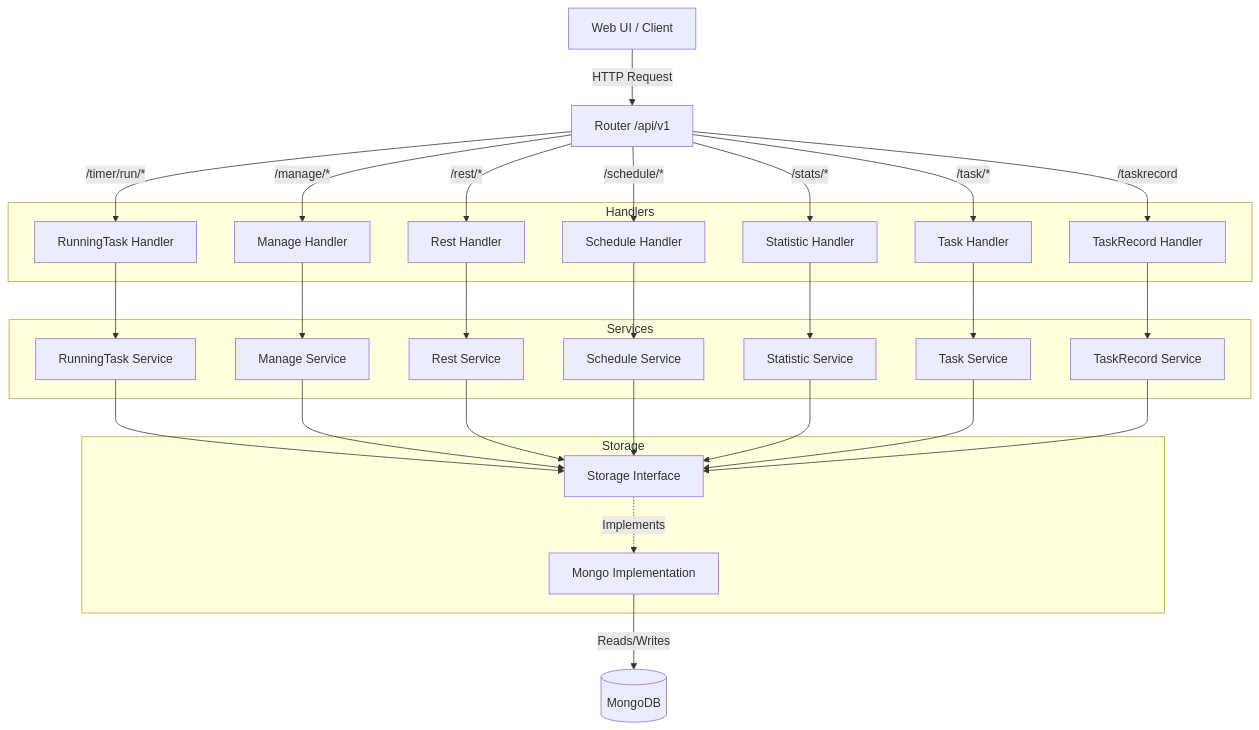
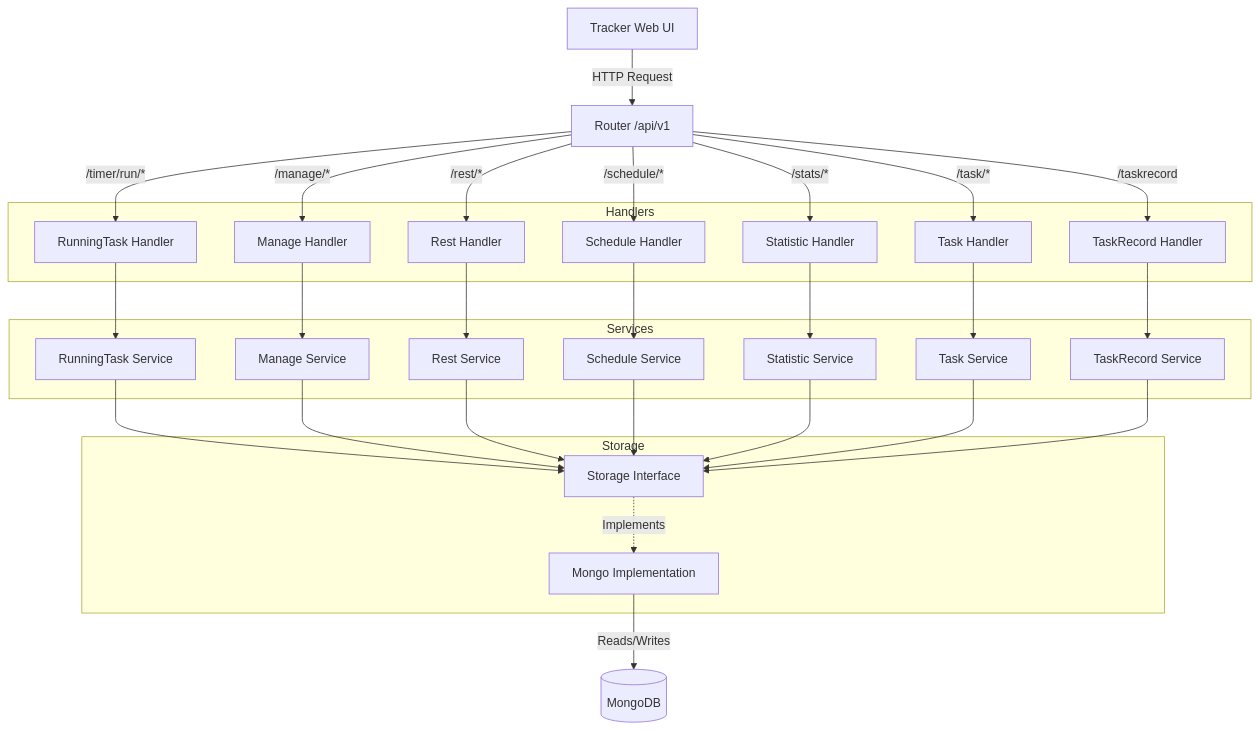
One commit to egormak/tracker-server changed the diagram in Readme.md. Above: the diagram before and after it, drawn with Mermaid. The commit also changed other lines of this file and 2 other files, not shown here.

Commit message:
refactor: remove web UI integration and simplify project structure

````diff
--- a/Readme.md
+++ b/Readme.md
@@ -115,56 +77,56 @@
 ```mermaid
 graph TD
-    Client[Web UI / Client] -->|HTTP Request| Router[Router /api/v1]
+    Client[Tracker Web UI] -->|HTTP Request| Router[Router /api/v1]
     
     subgraph Handlers
         H_RunTask[RunningTask Handler]
         H_Manage[Manage Handler]
         H_Rest[Rest Handler]
         H_Sched[Schedule Handler]
         H_Stat[Statistic Handler]
         H_Task[Task Handler]
         H_Rec[TaskRecord Handler]
     end
     
     Router -->|/timer/run/*| H_RunTask
     Router -->|/manage/*| H_Manage
     Router -->|/rest/*| H_Rest
     Router -->|/schedule/*| H_Sched
     Router -->|/stats/*| H_Stat
     Router -->|/task/*| H_Task
     Router -->|/taskrecord| H_Rec
 
     subgraph Services
         S_RunTask[RunningTask Service]
         S_Manage[Manage Service]
         S_Rest[Rest Service]
         S_Sched[Schedule Service]
         S_Stat[Statistic Service]
         S_Task[Task Service]
         S_Rec[TaskRecord Service]
     end
 
     H_RunTask --> S_RunTask
     H_Manage --> S_Manage
     H_Rest --> S_Rest
     H_Sched --> S_Sched
     H_Stat --> S_Stat
     H_Task --> S_Task
     H_Rec --> S_Rec
 
     subgraph Storage
         Store[Storage Interface]
         Mongo[Mongo Implementation]
     end
 
     S_RunTask --> Store
     S_Manage --> Store
     S_Rest --> Store
     S_Sched --> Store
     S_Stat --> Store
     S_Task --> Store
     S_Rec --> Store
 
     Store -.->|Implements| Mongo
     Mongo -->|Reads/Writes| DB[(MongoDB)]
 ```
````
